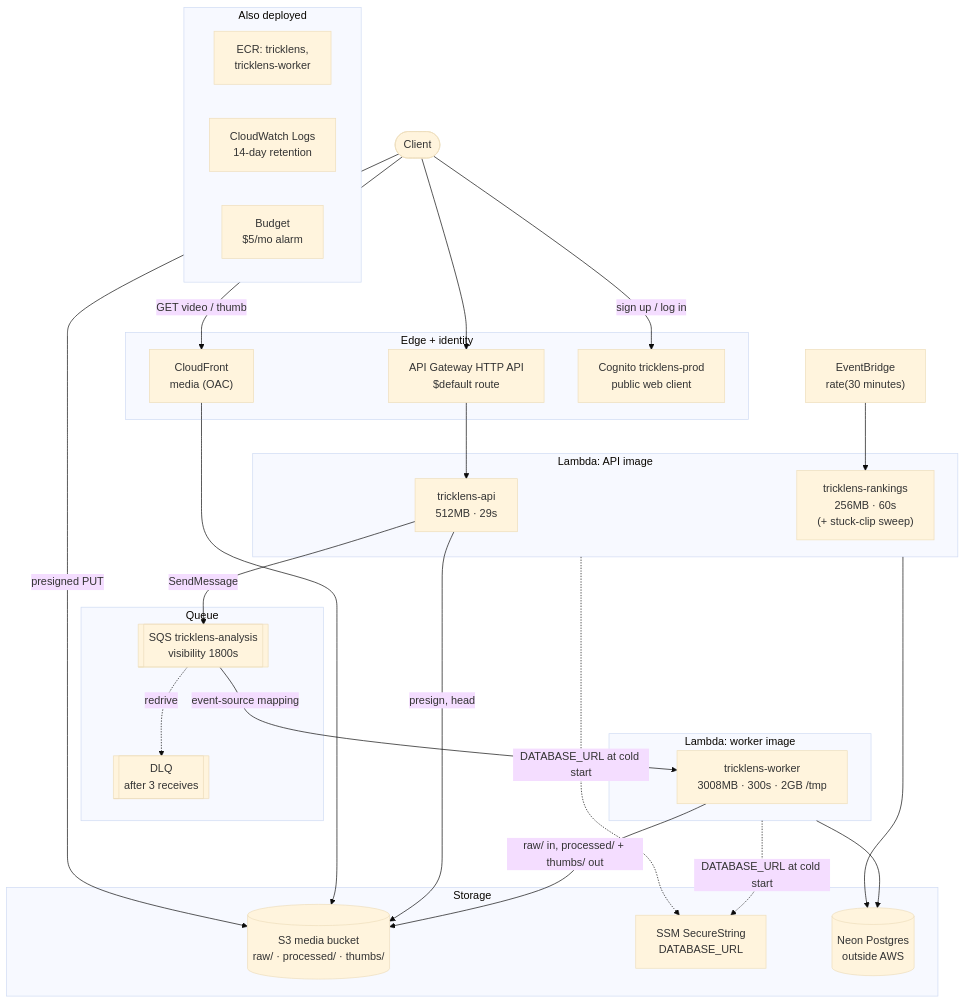
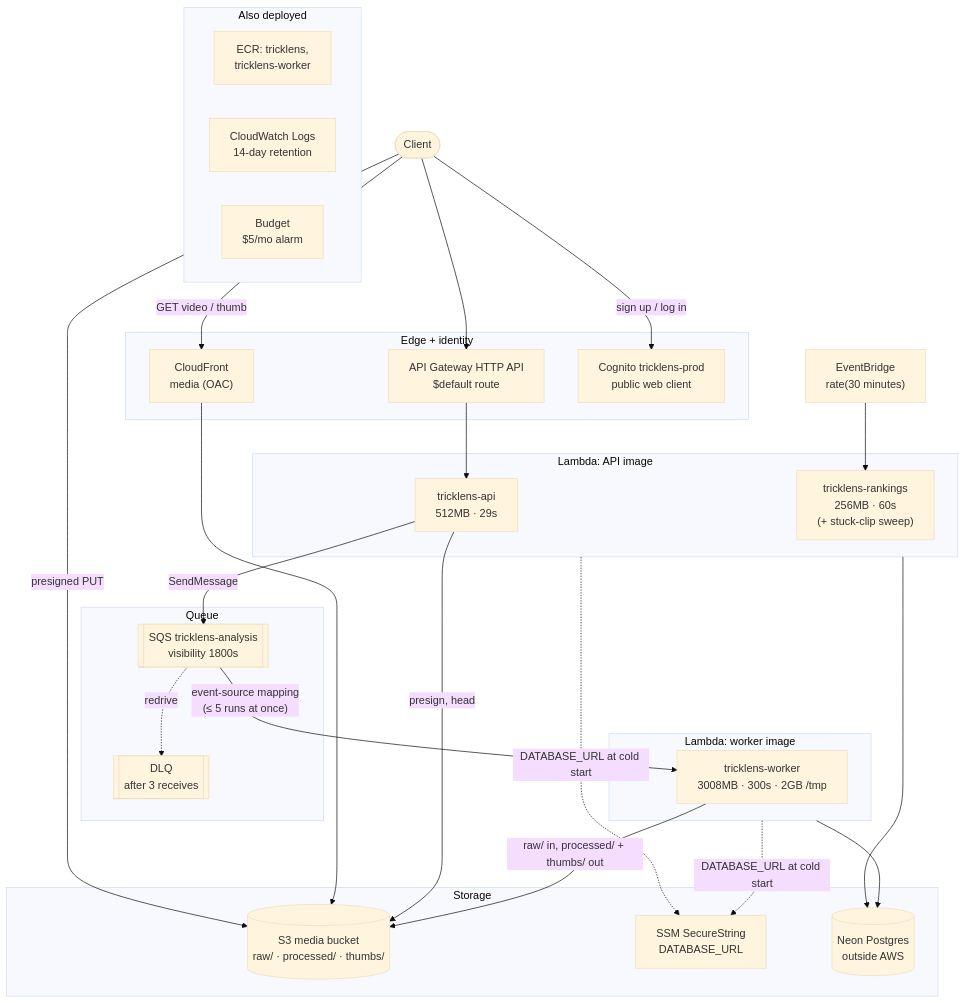
The first of 2 diagrams in docs/components/infrastructure.md (NickPalceski/TrickLens), drawn with Mermaid (base theme) before and after one commit. The commit also changed other lines of this file and 16 other files, not shown here.

First line of the commit message:
Step 6d-1: calibration tooling; cap the worker at 5 concurrent runs

````diff
--- a/docs/components/infrastructure.md
+++ b/docs/components/infrastructure.md
@@ -12,51 +12,51 @@
 ```mermaid
 flowchart TB
     client(["Client"])
 
     subgraph edge ["Edge + identity"]
         apigw["API Gateway HTTP API<br/>$default route"]
         cf["CloudFront<br/>media (OAC)"]
         cognito["Cognito tricklens-prod<br/>public web client"]
     end
 
     subgraph web ["Lambda: API image"]
         api["tricklens-api<br/>512MB · 29s"]
         rank["tricklens-rankings<br/>256MB · 60s<br/>(+ stuck-clip sweep)"]
     end
 
     eb["EventBridge<br/>rate(30 minutes)"]
 
     subgraph queue ["Queue"]
         sqs[["SQS tricklens-analysis<br/>visibility 1800s"]]
         dlq[["DLQ<br/>after 3 receives"]]
     end
 
     subgraph wk ["Lambda: worker image"]
         worker["tricklens-worker<br/>3008MB · 300s · 2GB /tmp"]
     end
 
     subgraph data ["Storage"]
         s3[("S3 media bucket<br/>raw/ · processed/ · thumbs/")]
         ssm["SSM SecureString<br/>DATABASE_URL"]
         neon[("Neon Postgres<br/>outside AWS")]
     end
 
     subgraph ops ["Also deployed"]
         ecr["ECR: tricklens,<br/>tricklens-worker"]
         logs["CloudWatch Logs<br/>14-day retention"]
         budget["Budget<br/>$5/mo alarm"]
     end
 
     client --> apigw --> api
     client -- "sign up / log in" --> cognito
     client -- "presigned PUT" --> s3
     client -- "GET video / thumb" --> cf --> s3
     api -- "presign, head" --> s3
     api -- SendMessage --> sqs
-    sqs -- "event-source mapping" --> worker
+    sqs -- "event-source mapping<br/>(≤ 5 runs at once)" --> worker
     sqs -. redrive .-> dlq
     worker -- "raw/ in, processed/ + thumbs/ out" --> s3
     eb --> rank
     web & wk --> neon
     web & wk -. "DATABASE_URL at cold start" .-> ssm
 ```
````
